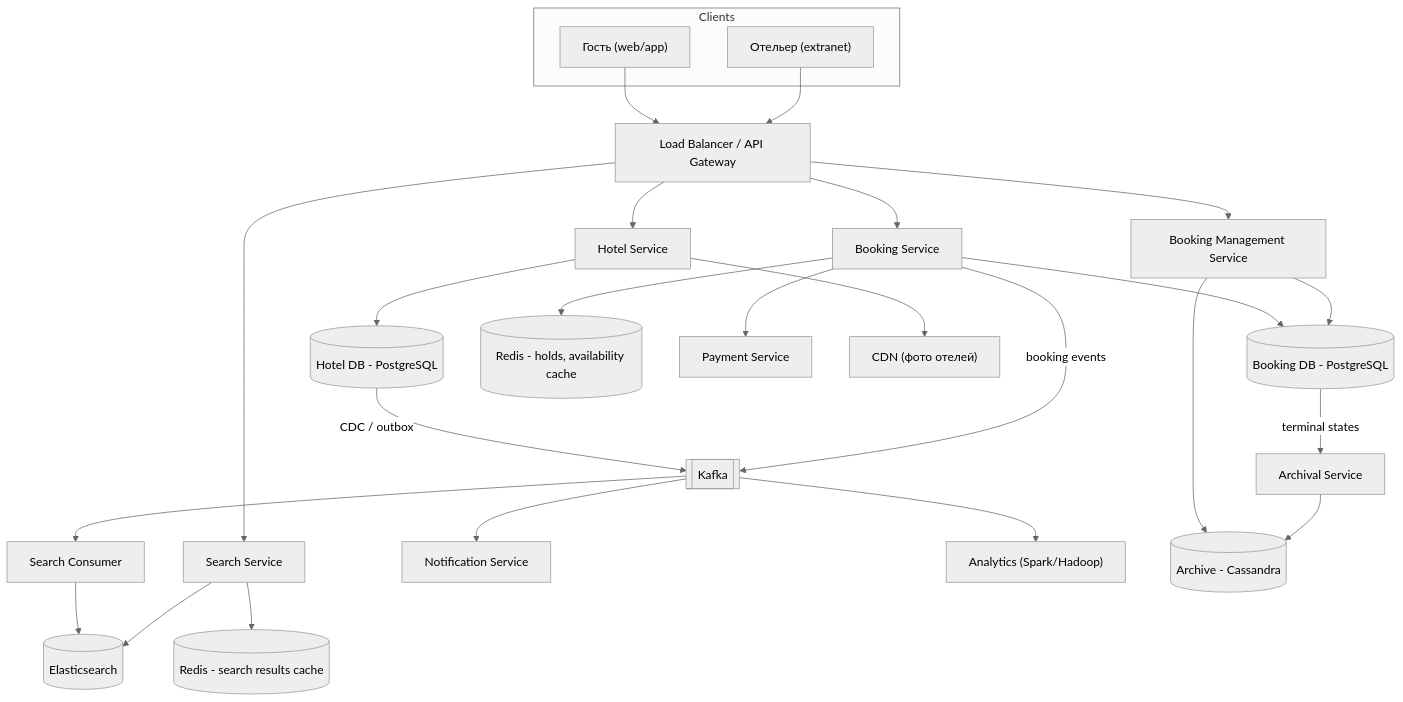
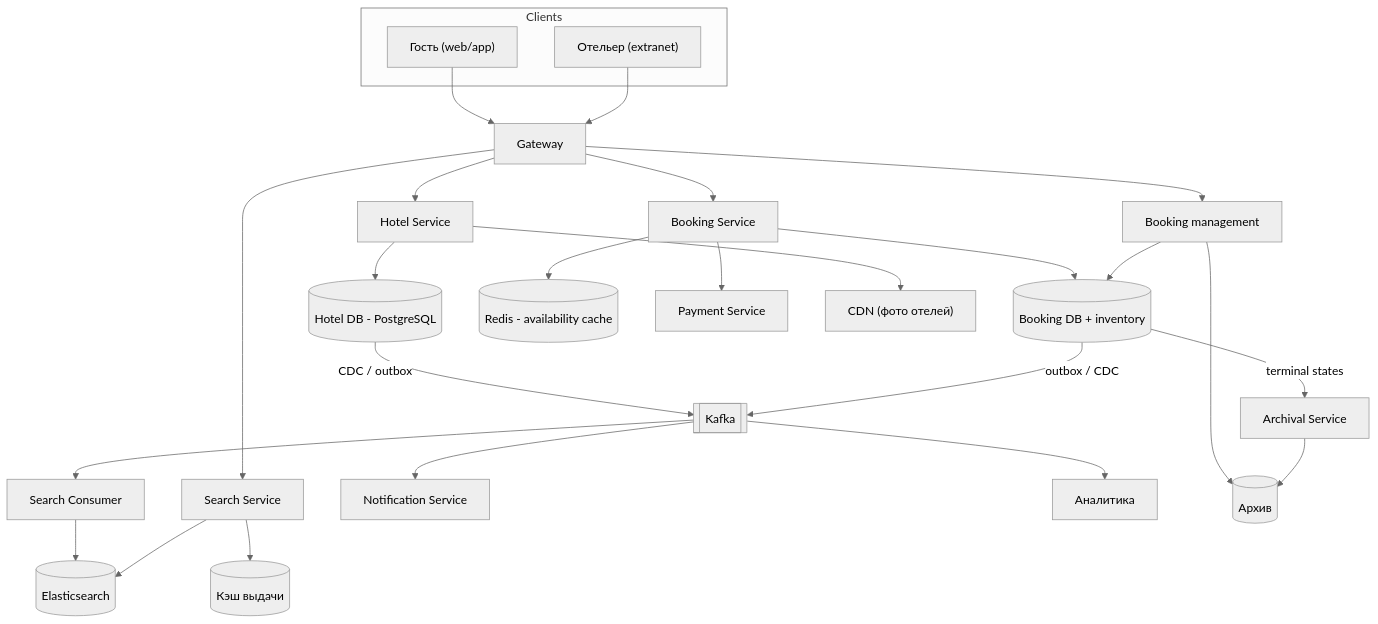
Before and after one commit to AlohaJava/system-design-interview-chamkin: the first of 5 diagrams in 02-case-studies/hotel-booking.md, drawn with Mermaid (neutral theme). The commit also changed other lines of this file and 49 other files, not shown here.

````diff
--- a/02-case-studies/hotel-booking.md
+++ b/02-case-studies/hotel-booking.md
@@ -130,38 +135,38 @@
 ```mermaid
 flowchart TB
     subgraph Clients
         U["Гость (web/app)"]
         H["Отельер (extranet)"]
     end
 
-    U --> LB["Load Balancer / API Gateway"]
+    U --> LB["Gateway"]
     H --> LB
 
     LB --> SS["Search Service"]
     LB --> BS["Booking Service"]
     LB --> HS["Hotel Service"]
-    LB --> BMS["Booking Management Service"]
+    LB --> BMS["Booking management"]
 
     HS --> HDB[("Hotel DB - PostgreSQL")]
     HDB -->|CDC / outbox| K[["Kafka"]]
 
-    BS --> BDB[("Booking DB - PostgreSQL")]
-    BS --> R[("Redis - holds, availability cache")]
+    BS --> BDB[("Booking DB + inventory")]
+    BS --> R[("Redis - availability cache")]
     BS --> PS["Payment Service"]
-    BS -->|booking events| K
+    BDB -->|outbox / CDC| K
 
     K --> SC["Search Consumer"]
     SC --> ES[("Elasticsearch")]
     SS --> ES
-    SS --> RC[("Redis - search results cache")]
+    SS --> RC[("Кэш выдачи")]
 
     K --> NS["Notification Service"]
-    K --> AN["Analytics (Spark/Hadoop)"]
+    K --> AN["Аналитика"]
 
     BMS --> BDB
-    BMS --> ARC[("Archive - Cassandra")]
+    BMS --> ARC[("Архив")]
     BDB -->|terminal states| ARCH["Archival Service"]
     ARCH --> ARC
 
     HS --> CDN["CDN (фото отелей)"]
 ```
````
